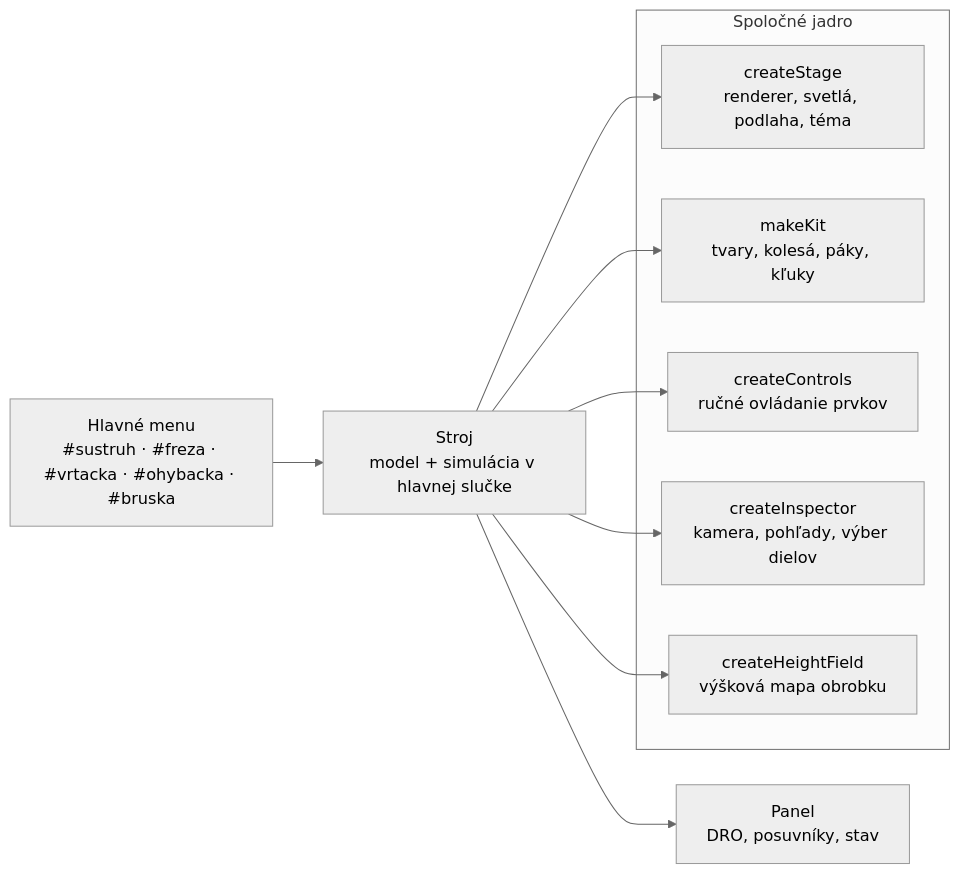
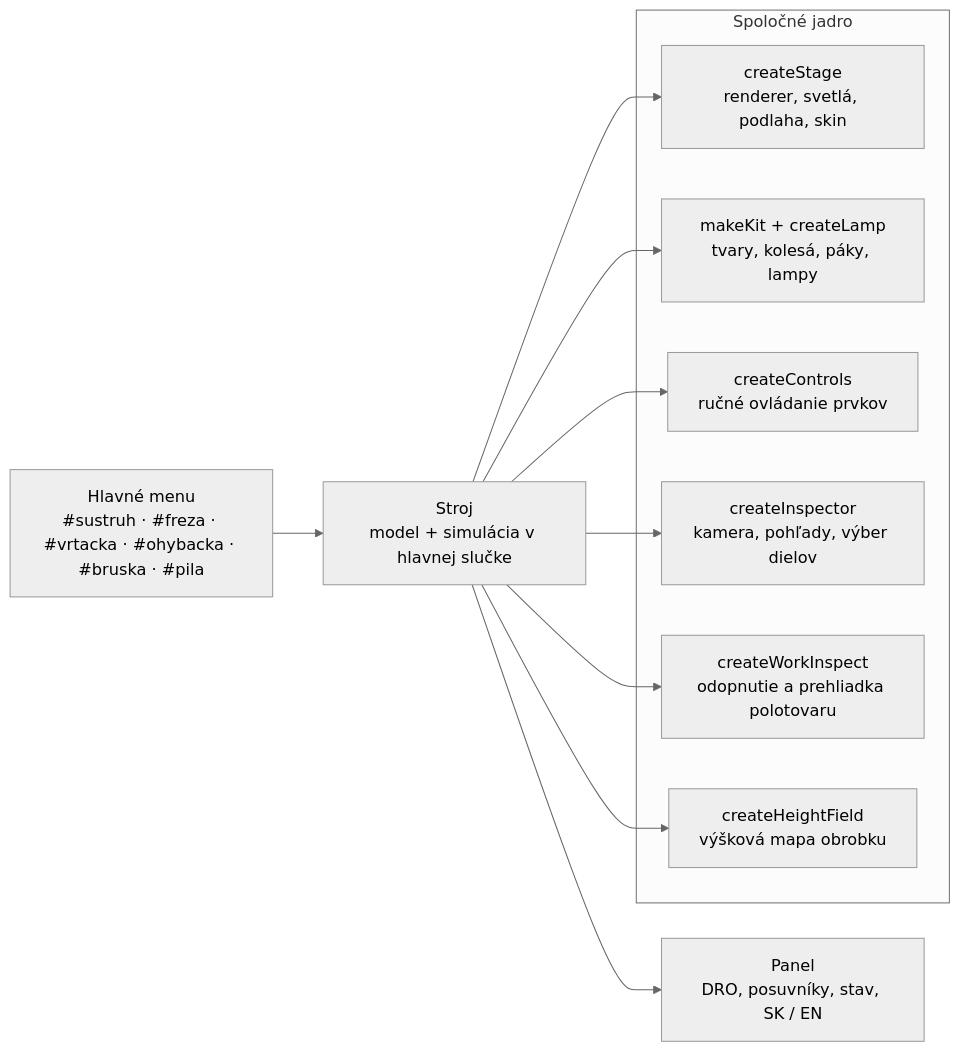
One commit to bucala/Real-machine-tools changed the diagram in README.md. Above: the diagram before and after it, drawn with Mermaid (neutral theme). The commit also changed other lines of this file and 11 other files, not shown here.

````diff
--- a/README.md
+++ b/README.md
@@ -95,13 +103,14 @@
 ```mermaid
 flowchart LR
-  menu["Hlavné menu<br/>#sustruh · #freza · #vrtacka · #ohybacka · #bruska"] --> machine
+  menu["Hlavné menu<br/>#sustruh · #freza · #vrtacka · #ohybacka · #bruska · #pila"] --> machine
   subgraph core["Spoločné jadro"]
-    stage["createStage<br/>renderer, svetlá, podlaha, téma"]
-    kit["makeKit<br/>tvary, kolesá, páky, kľuky"]
+    stage["createStage<br/>renderer, svetlá, podlaha, skin"]
+    kit["makeKit + createLamp<br/>tvary, kolesá, páky, lampy"]
     ctrl["createControls<br/>ručné ovládanie prvkov"]
     insp["createInspector<br/>kamera, pohľady, výber dielov"]
+    wi["createWorkInspect<br/>odopnutie a prehliadka polotovaru"]
     hf["createHeightField<br/>výšková mapa obrobku"]
   end
-  machine["Stroj<br/>model + simulácia v hlavnej slučke"] --> stage & kit & ctrl & insp & hf
-  machine --> panel["Panel<br/>DRO, posuvníky, stav"]
+  machine["Stroj<br/>model + simulácia v hlavnej slučke"] --> stage & kit & ctrl & insp & wi & hf
+  machine --> panel["Panel<br/>DRO, posuvníky, stav, SK / EN"]
 ```
````
